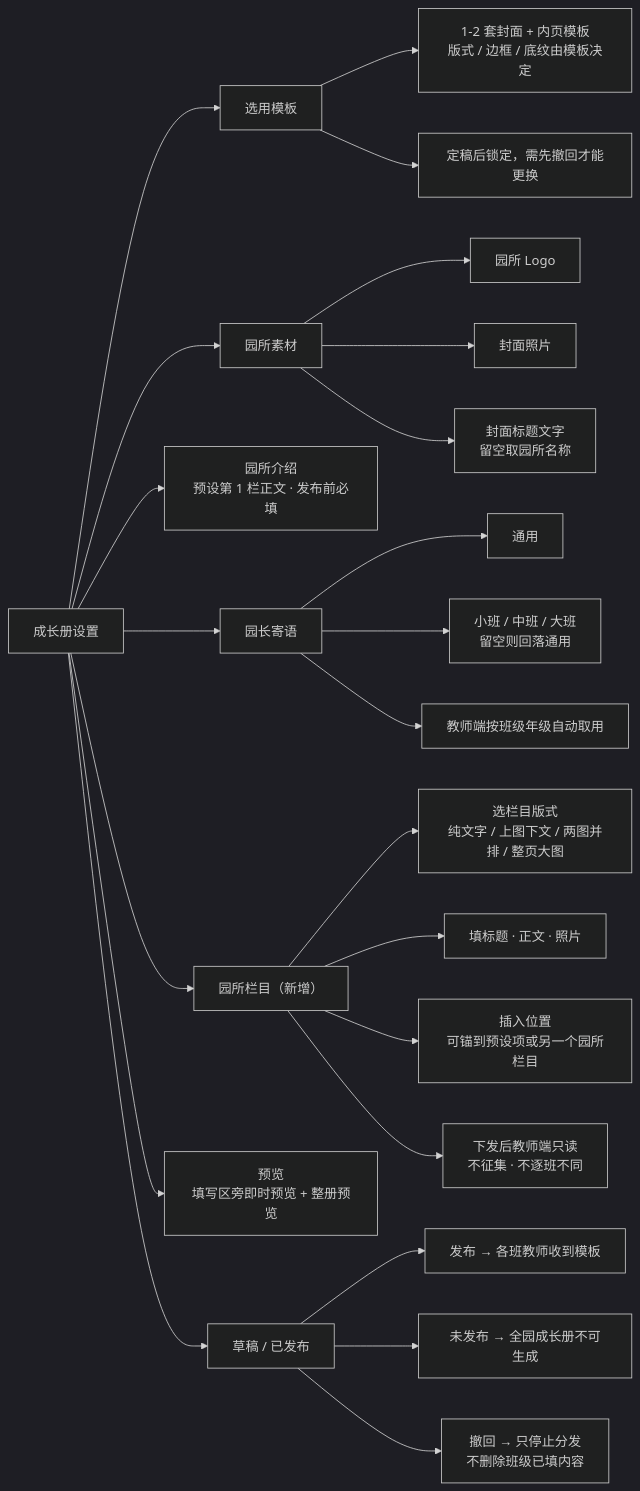
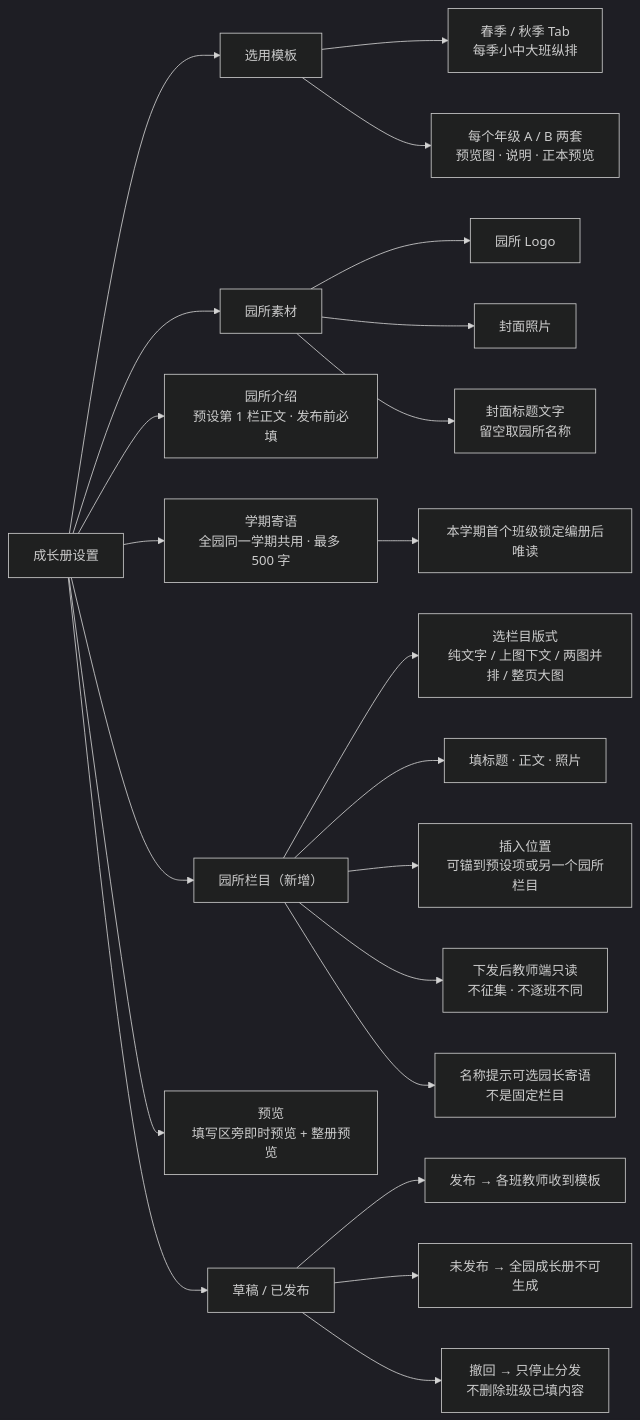
The tenth of 11 diagrams in docs/信息架构.md (Chao0s/hualong-admin-pc), drawn with Mermaid (dark theme) before and after one commit. The commit also changed other lines of this file and 5 other files, not shown here.

Commit message:
feat(growth-book)!: add grade-season template settings

````diff
--- a/docs/信息架构.md
+++ b/docs/信息架构.md
@@ -241,33 +241,31 @@
 ```mermaid
 flowchart LR
     GrowthBook["成长册设置"]
 
     GrowthBook --> Tpl["选用模板"]
-    Tpl --> TplNote["1-2 套封面 + 内页模板<br/>版式 / 边框 / 底纹由模板决定"]
-    Tpl --> TplLock["定稿后锁定，需先撤回才能更换"]
+    Tpl --> TplNote["春季 / 秋季 Tab<br/>每季小中大班纵排"]
+    Tpl --> TplChoice["每个年级 A / B 两套<br/>预览图 · 说明 · 正本预览"]
 
     GrowthBook --> Assets["园所素材"]
     Assets --> A1["园所 Logo"]
     Assets --> A2["封面照片"]
     Assets --> A3["封面标题文字<br/>留空取园所名称"]
 
     GrowthBook --> Intro["园所介绍<br/>预设第 1 栏正文 · 发布前必填"]
-
-    GrowthBook --> Msg["园长寄语"]
-    Msg --> M1["通用"]
-    Msg --> M2["小班 / 中班 / 大班<br/>留空则回落通用"]
-    Msg --> M3["教师端按班级年级自动取用"]
+    GrowthBook --> TermMsg["学期寄语<br/>全园同一学期共用 · 最多 500 字"]
+    TermMsg --> TermMsgLock["本学期首个班级锁定编册后唯读"]
 
     GrowthBook --> Sec["园所栏目（新增）"]
     Sec --> S1["选栏目版式<br/>纯文字 / 上图下文 / 两图并排 / 整页大图"]
     Sec --> S2["填标题 · 正文 · 照片"]
     Sec --> S3["插入位置<br/>可锚到预设项或另一个园所栏目"]
     Sec --> S4["下发后教师端只读<br/>不征集 · 不逐班不同"]
+    Sec --> S5["名称提示可选园长寄语<br/>不是固定栏目"]
 
     GrowthBook --> Preview["预览<br/>填写区旁即时预览 + 整册预览"]
 
     GrowthBook --> Publish["草稿 / 已发布"]
     Publish --> P1["发布 → 各班教师收到模板"]
     Publish --> P2["未发布 → 全园成长册不可生成"]
     Publish --> P3["撤回 → 只停止分发<br/>不删除班级已填内容"]
 ```
````
